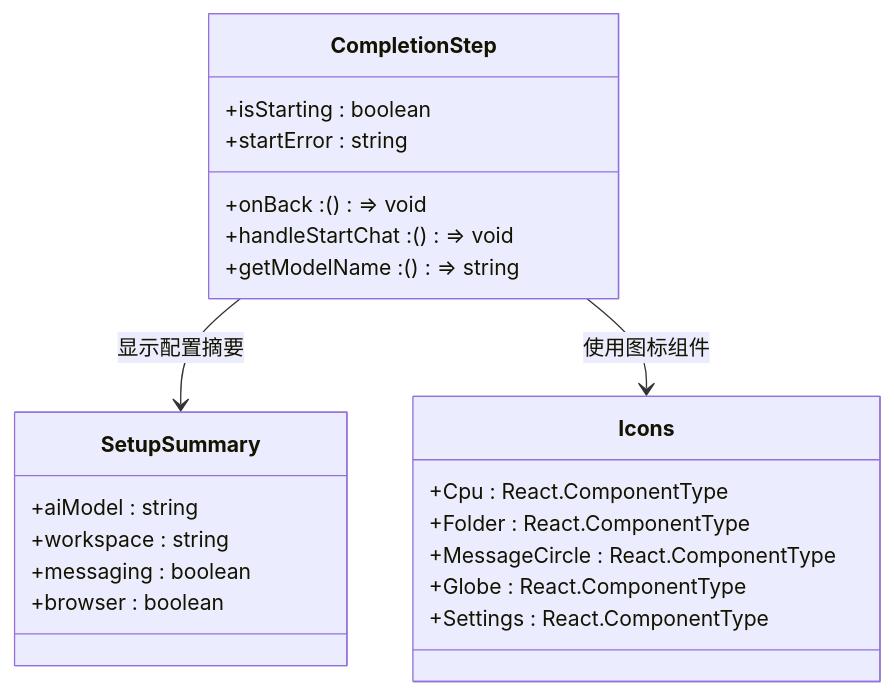
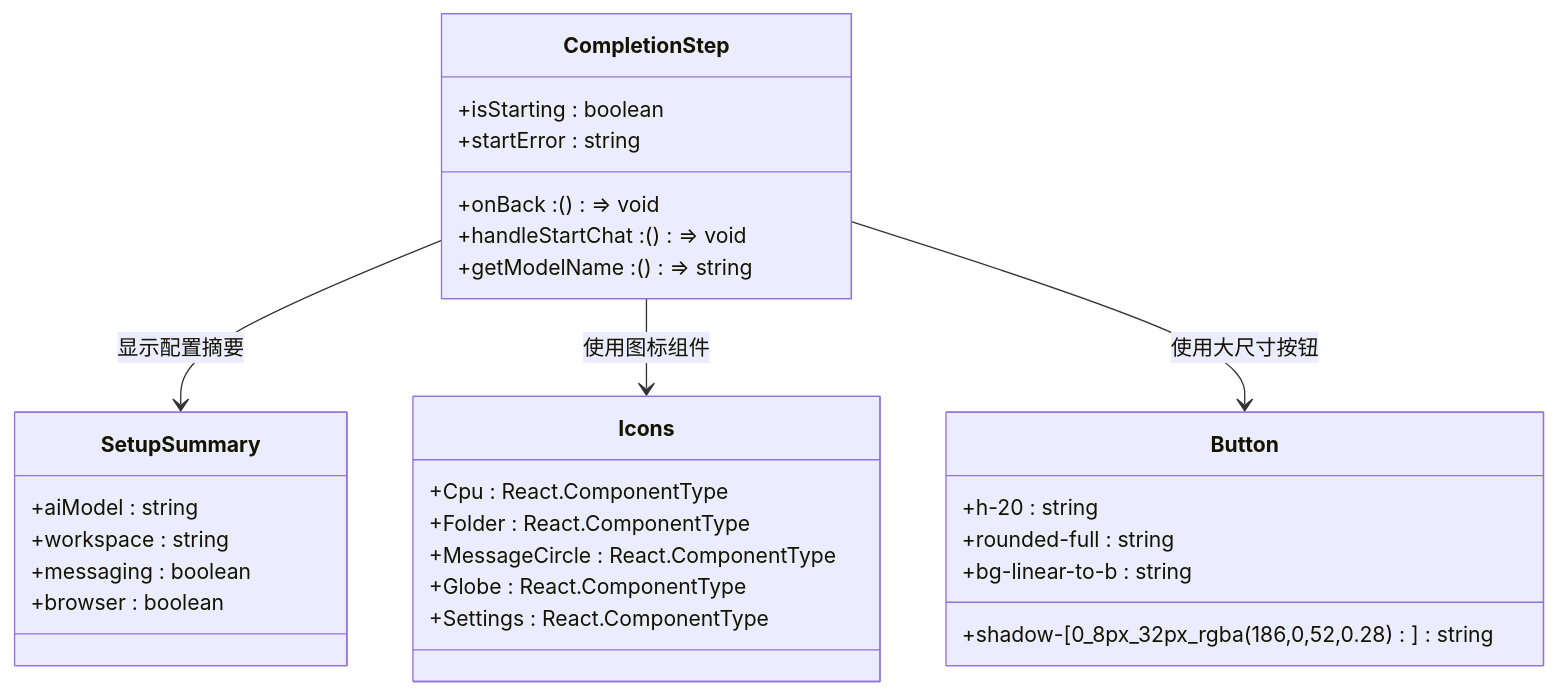
Before and after one commit to verse-ai-org/openclaw: the tenth of 13 diagrams in .qoder/repowiki/zh/content/设置向导UI组件.md, drawn with Mermaid. The commit also changed other lines of this file and 10 other files, not shown here.

````diff
--- a/.qoder/repowiki/zh/content/设置向导UI组件.md
+++ b/.qoder/repowiki/zh/content/设置向导UI组件.md
@@ -475,25 +477,32 @@
 ```mermaid
 classDiagram
 class CompletionStep {
 +onBack : () => void
 +handleStartChat : () => void
 +isStarting : boolean
 +startError : string
 +getModelName : () => string
 }
 class SetupSummary {
 +aiModel : string
 +workspace : string
 +messaging : boolean
 +browser : boolean
 }
 class Icons {
 +Cpu : React.ComponentType
 +Folder : React.ComponentType
 +MessageCircle : React.ComponentType
 +Globe : React.ComponentType
 +Settings : React.ComponentType
 }
+class Button {
++h-20 : string
++rounded-full : string
++bg-linear-to-b : string
++shadow-[0_8px_32px_rgba(186,0,52,0.28)] : string
+}
 CompletionStep --> SetupSummary : 显示配置摘要
 CompletionStep --> Icons : 使用图标组件
+CompletionStep --> Button : 使用大尺寸按钮
 ```
````
